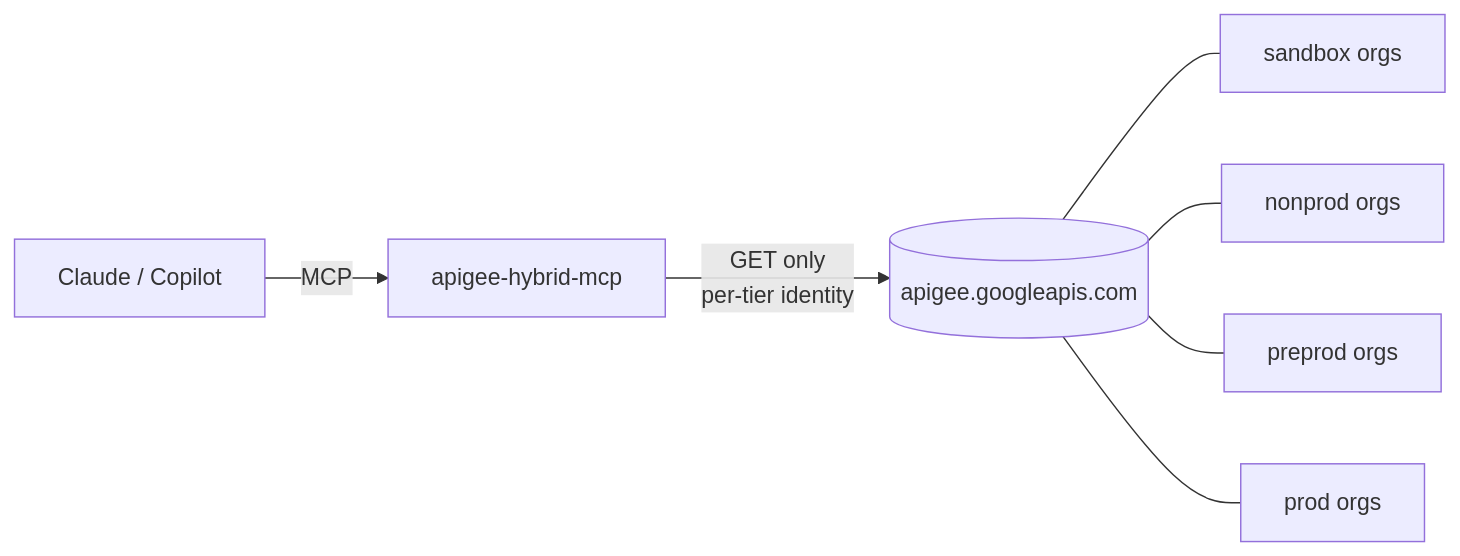
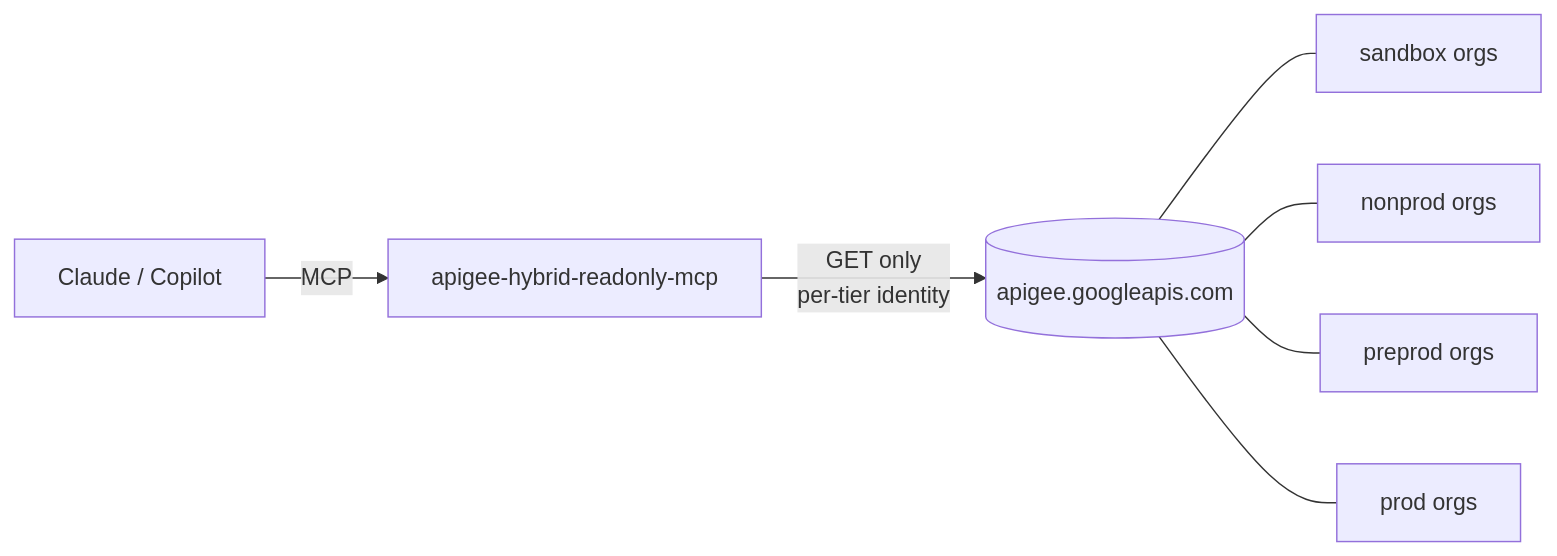
One commit to mintrin/apigee-hybrid-readonly-mcp changed the diagram in README.md. Above: the diagram before and after it, drawn with Mermaid. The commit also changed other lines of this file and 22 other files, not shown here.

First line of the commit message:
Rebrand as Apigee Hybrid Read-Only MCP (v0.4.0)

````diff
--- a/README.md
+++ b/README.md
@@ -5,6 +7,6 @@
 ```mermaid
 flowchart LR
-    C[Claude / Copilot] -- MCP --> S[apigee-hybrid-mcp]
+    C[Claude / Copilot] -- MCP --> S[apigee-hybrid-readonly-mcp]
     S -- "GET only<br/>per-tier identity" --> A[(apigee.googleapis.com)]
     A --- O1[sandbox orgs] & O2[nonprod orgs] & O4[preprod orgs] & O3[prod orgs]
 ```
````
